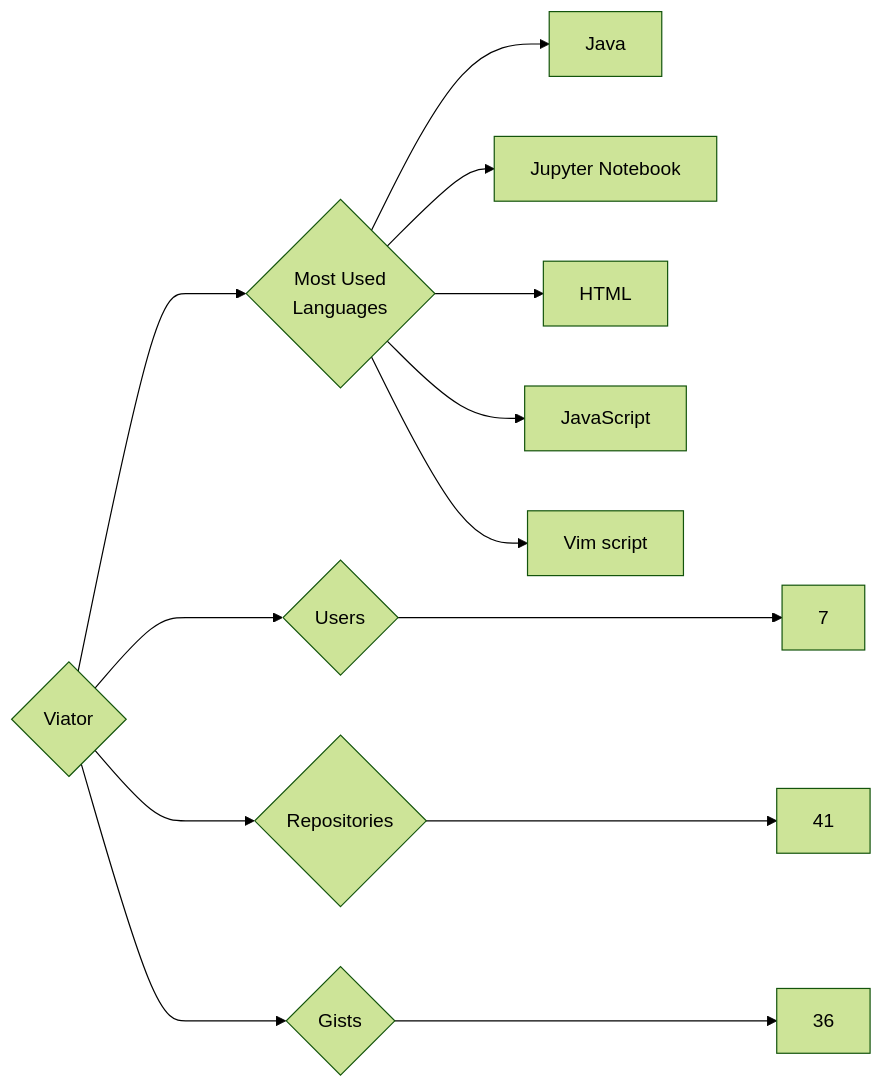
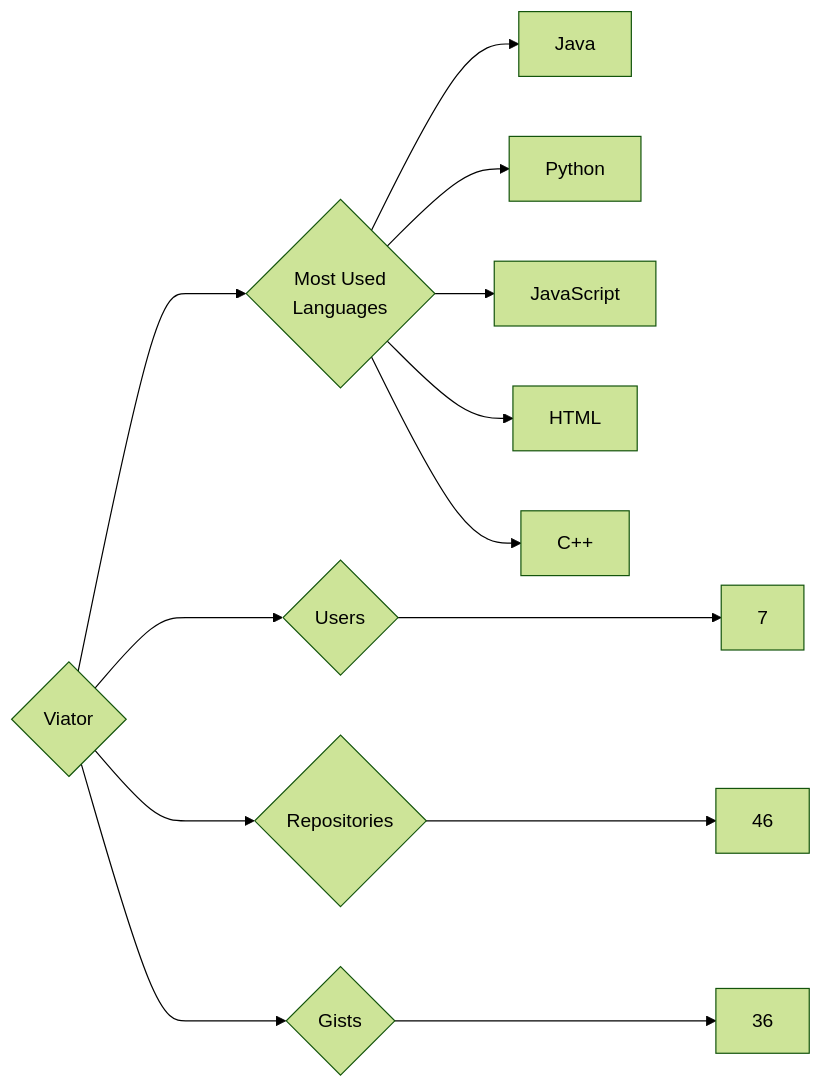
The diagram in targets/Viator/README.md (trickest/insiders), drawn with Mermaid (forest theme) before and after one commit. The commit also changed 682 other files, not shown here.

````diff
--- a/targets/Viator/README.md
+++ b/targets/Viator/README.md
@@ -3,13 +3,13 @@
 ```mermaid
 graph LR
 COMPANY_NAME{Viator}
 COMPANY_NAME ---> U{Users} ---> UN[7]
-COMPANY_NAME ---> R{Repositories} ---> RN[41]
+COMPANY_NAME ---> R{Repositories} ---> RN[46]
 COMPANY_NAME ---> G{Gists} ---> GN[36]
 COMPANY_NAME ---> ML{Most Used<br>Languages}
 ML --> Java[Java]
-ML --> Jupyter_Notebook[Jupyter Notebook]
+ML --> Python[Python]
+ML --> JavaScript[JavaScript]
 ML --> HTML[HTML]
-ML --> JavaScript[JavaScript]
-ML --> Vim_script[Vim script]
+ML --> C++[C++]
 ```
````
